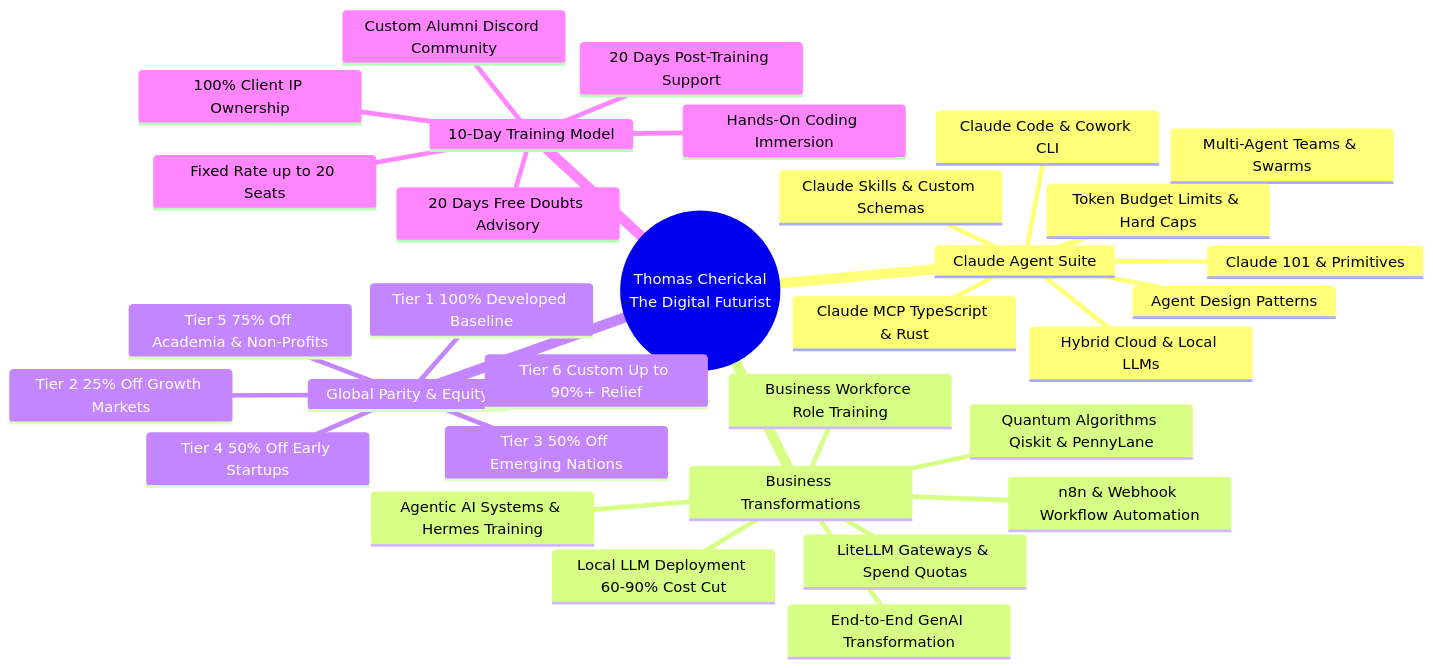
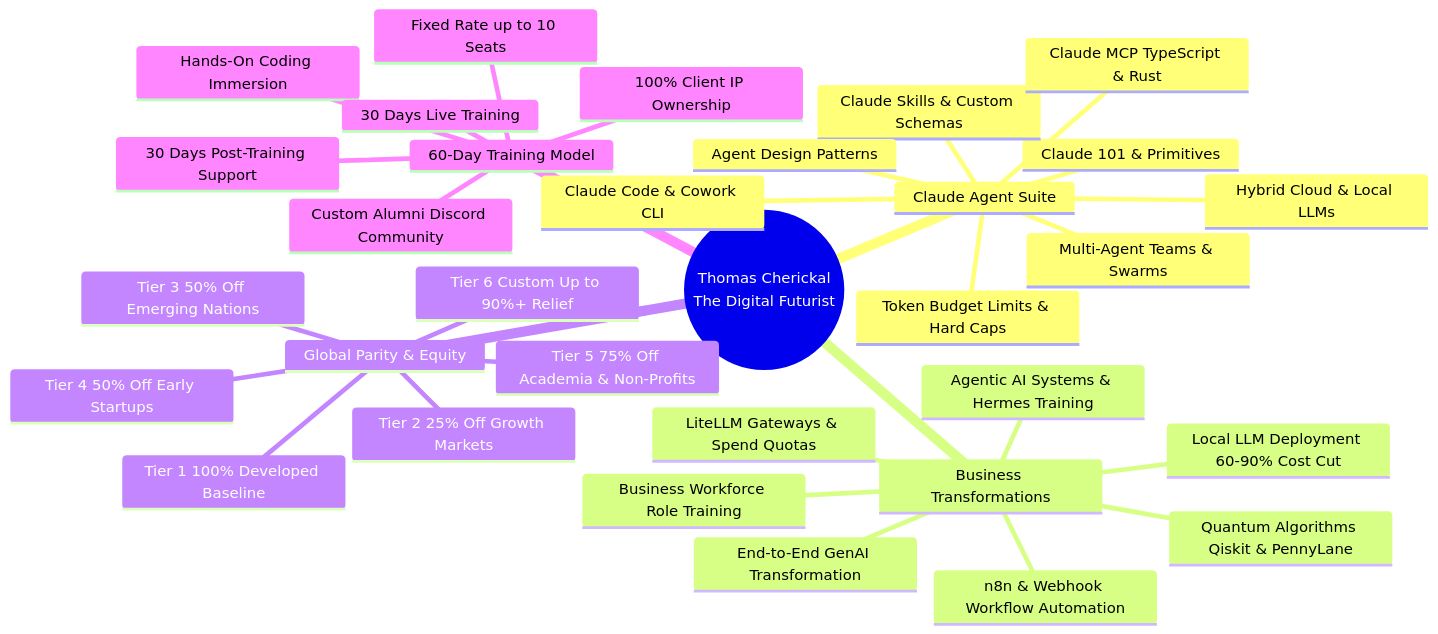
One commit to thomascherickal/thomascherickal.github.io changed the first of 2 diagrams in README.md. Above: the diagram before and after it, drawn with Mermaid. The commit also changed other lines of this file and 191 other files, not shown here.

````diff
--- a/README.md
+++ b/README.md
@@ -33,35 +33,35 @@
 ```mermaid
 mindmap
   root((Thomas Cherickal<br/>The Digital Futurist))
     Claude Agent Suite
       Claude 101 & Primitives
       Claude Code & Cowork CLI
       Claude Skills & Custom Schemas
       Claude MCP TypeScript & Rust
       Multi-Agent Teams & Swarms
       Agent Design Patterns
       Token Budget Limits & Hard Caps
       Hybrid Cloud & Local LLMs
     Business Transformations
       End-to-End GenAI Transformation
       Local LLM Deployment 60-90% Cost Cut
       Agentic AI Systems & Hermes Training
       n8n & Webhook Workflow Automation
       Quantum Algorithms Qiskit & PennyLane
       LiteLLM Gateways & Spend Quotas
       Business Workforce Role Training
     Global Parity & Equity
       Tier 1 100% Developed Baseline
       Tier 2 25% Off Growth Markets
       Tier 3 50% Off Emerging Nations
       Tier 4 50% Off Early Startups
       Tier 5 75% Off Academia & Non-Profits
       Tier 6 Custom Up to 90%+ Relief
-    10-Day Training Model
+    60-Day Training Model
       Hands-On Coding Immersion
-      Fixed Rate up to 20 Seats
-      20 Days Post-Training Support
-      20 Days Free Doubts Advisory
+      Fixed Rate up to 10 Seats
+      30 Days Live Training
+      30 Days Post-Training Support
       Custom Alumni Discord Community
       100% Client IP Ownership
 ```
````
